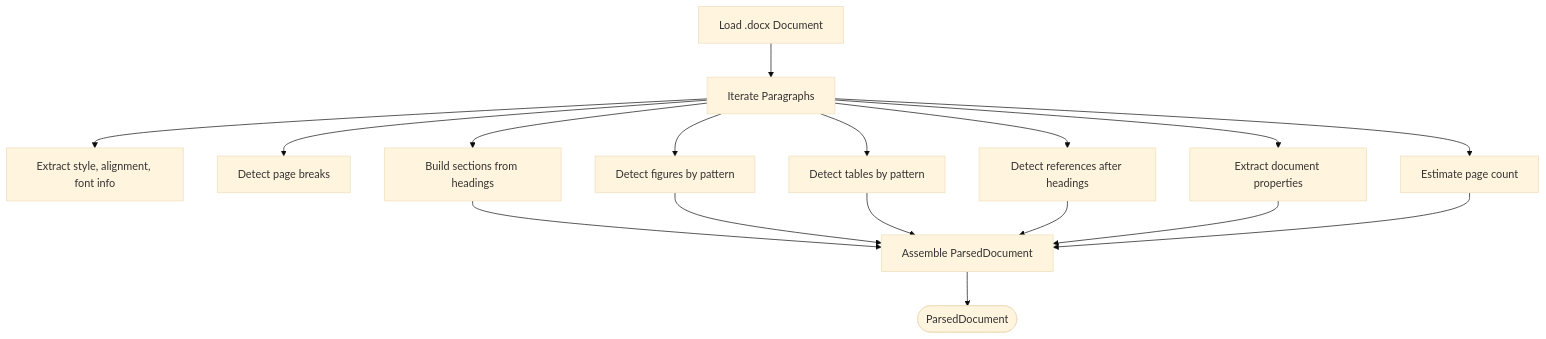
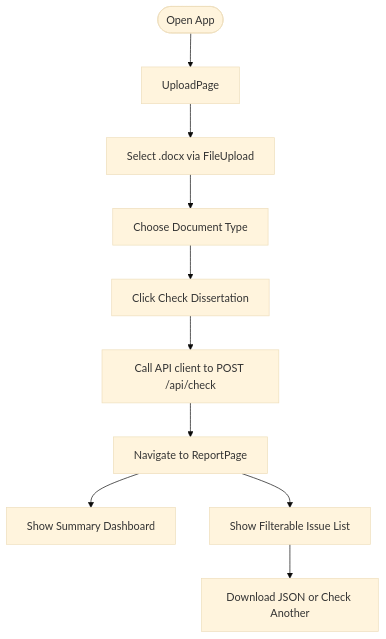
The fourth of 6 diagrams in .qoder/repowiki/en/content/Project Overview.md (geekeraman/dissertation-checker), drawn with Mermaid (base theme) before and after one commit. The commit also changed other lines of this file and 88 other files, not shown here.

Commit message:
feat: enhance all checkers with GOST 7.32-2017 requirements — heading centering, paragraph indent, page breaks, Kazakh caption format, citation consistency, abstract word count, fix parser bugs (Twips, false sections)

````diff
--- a/.qoder/repowiki/en/content/Project Overview.md
+++ b/.qoder/repowiki/en/content/Project Overview.md
@@ -204,19 +201,12 @@
 ```mermaid
 flowchart TD
-LoadDoc["Load .docx Document"] --> IteratePara["Iterate Paragraphs"]
-IteratePara --> ExtractStyle["Extract style, alignment, font info"]
-IteratePara --> DetectBreaks["Detect page breaks"]
-IteratePara --> BuildSections["Build sections from headings"]
-IteratePara --> DetectFigures["Detect figures by pattern"]
-IteratePara --> DetectTables["Detect tables by pattern"]
-IteratePara --> DetectRefs["Detect references after headings"]
-IteratePara --> ExtractProps["Extract document properties"]
-IteratePara --> EstimatePages["Estimate page count"]
-BuildSections --> Assemble["Assemble ParsedDocument"]
-DetectFigures --> Assemble
-DetectTables --> Assemble
-DetectRefs --> Assemble
-ExtractProps --> Assemble
-EstimatePages --> Assemble
-Assemble --> Done(["ParsedDocument"])
+Start(["Open App"]) --> Upload["UploadPage"]
+Upload --> Select["Select .docx via FileUpload"]
+Select --> ChooseType["Choose Document Type"]
+ChooseType --> Submit["Click Check Dissertation"]
+Submit --> CallAPI["Call API client to POST /api/check"]
+CallAPI --> RenderReport["Navigate to ReportPage"]
+RenderReport --> Summary["Show Summary Dashboard"]
+RenderReport --> Issues["Show Filterable Issue List"]
+Issues --> Actions["Download JSON or Check Another"]
 ```
````
